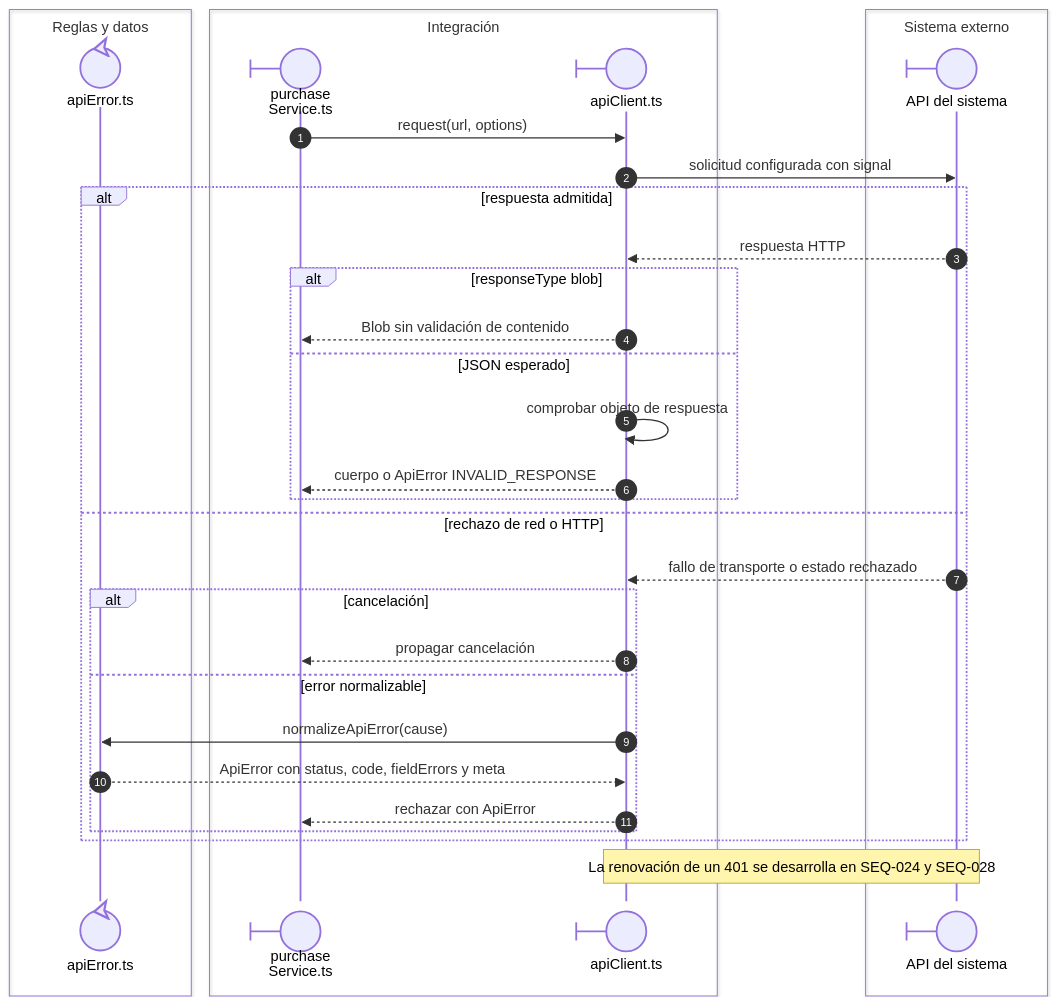
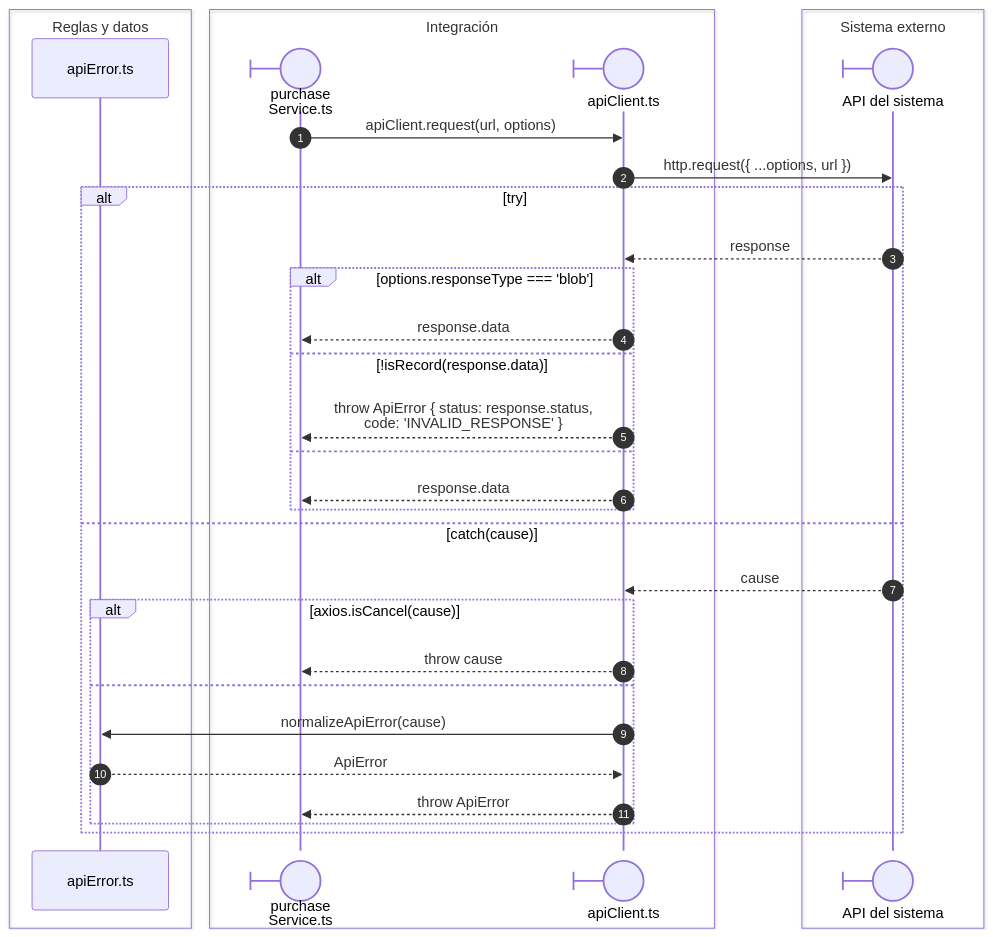
The first of 2 diagrams in front/docs/architecture/views/processes/02-shared-runtime/07-http-and-contracts.md (gpgsistemas01/nexus), drawn with Mermaid before and after one commit. The commit also changed other lines of this file and 43 other files, not shown here.

````diff
--- a/front/docs/architecture/views/processes/02-shared-runtime/07-http-and-contracts.md
+++ b/front/docs/architecture/views/processes/02-shared-runtime/07-http-and-contracts.md
@@ -12,35 +7,35 @@
 ```mermaid
 sequenceDiagram
     autonumber
     box Reglas y datos
-    participant Error@{ "type": "control" } as apiError.ts
+    participant Error as apiError.ts
     end
     box Integración
     participant Service@{ "type": "boundary" } as purchase<br/>Service.ts
     participant HTTP@{ "type": "boundary" } as apiClient.ts
     end
     box Sistema externo
     participant API@{ "type": "boundary" } as API del sistema
     end
-    Service->>HTTP: request(url, options)
-    HTTP->>API: solicitud configurada con signal
-    alt respuesta admitida
-        API-->>HTTP: respuesta HTTP
-        alt responseType blob
-            HTTP-->>Service: Blob sin validación de contenido
-        else JSON esperado
-            HTTP->>HTTP: comprobar objeto de respuesta
-            HTTP-->>Service: cuerpo o ApiError INVALID_RESPONSE
+    Service->>HTTP: nowrap: apiClient.request(url, options)
+    HTTP->>API: nowrap: http.request({ ...options, url })
+    alt nowrap: try
+        API-->>HTTP: nowrap: response
+        alt nowrap: options.responseType === 'blob'
+            HTTP-->>Service: nowrap: response.data
+        else nowrap: !isRecord(response.data)
+            HTTP-->>Service: nowrap: throw ApiError { status: response.status,<br/>code: 'INVALID_RESPONSE' }
+        else
+            HTTP-->>Service: nowrap: response.data
         end
-    else rechazo de red o HTTP
-        API-->>HTTP: fallo de transporte o estado rechazado
-        alt cancelación
-            HTTP-->>Service: propagar cancelación
-        else error normalizable
-            HTTP->>Error: normalizeApiError(cause)
-            Error-->>HTTP: ApiError con status, code, fieldErrors y meta
-            HTTP-->>Service: rechazar con ApiError
+    else nowrap: catch(cause)
+        API-->>HTTP: nowrap: cause
+        alt nowrap: axios.isCancel(cause)
+            HTTP-->>Service: nowrap: throw cause
+        else
+            HTTP->>Error: nowrap: normalizeApiError(cause)
+            Error-->>HTTP: nowrap: ApiError
+            HTTP-->>Service: nowrap: throw ApiError
         end
     end
-    Note over HTTP,API: La renovación de un 401 se desarrolla en SEQ-024 y SEQ-028
 ```
````
